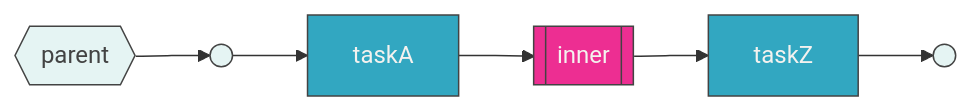
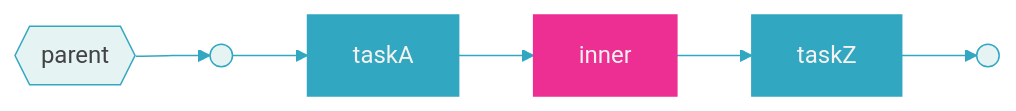
The diagram in verify/subgraphflow/PARENT.mmd (bhardwajRahul/fabric), drawn with Mermaid before and after one commit. The commit also changed 171 other files, not shown here.

```diff
--- a/verify/subgraphflow/PARENT.mmd
+++ b/verify/subgraphflow/PARENT.mmd
@@ -1,10 +1,14 @@
+%%{init: {'themeVariables': {'lineColor': '#32a7c1', 'edgeLabelBackground': '#e5f4f3', 'textColor': '#434343', 'titleColor': '#32a7c1', 'clusterTextColor': '#32a7c1'}}}%%
 graph LR
-    classDef task fill:#32a7c1,color:#f4f2ef,stroke:#434343
-    classDef sub fill:#ed2e92,color:#f4f2ef,stroke:#434343
-    classDef term fill:#e5f4f3,color:#434343,stroke:#434343
+    classDef task fill:#32a7c1,color:#f4f2ef,stroke:#32a7c1
+    classDef sub fill:#ed2e92,color:#f4f2ef,stroke:#ed2e92
+    classDef term fill:#e5f4f3,color:#434343,stroke:#32a7c1
 
     _title{{"parent"}}:::term --> _start
-    _start(( )):::term --> t0["taskA"]:::task
-    t0 --> t1[["inner"]]:::sub
-    t1 --> t2["taskZ"]:::task
+    _start(( )):::term --> t0
+    t0["taskA"]:::task
+    t1["inner"]:::sub
+    t2["taskZ"]:::task
+    t0 --> t1
+    t1 --> t2
     t2 --> _end(( )):::term
```
